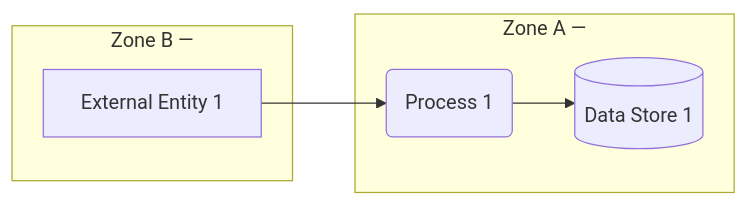
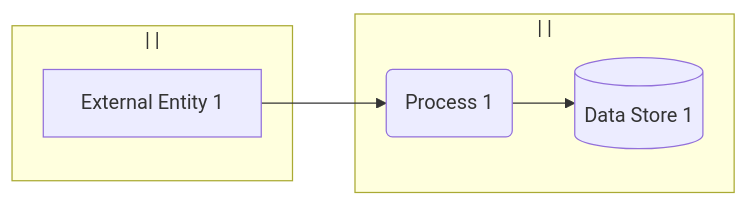
One commit to tmart234/threat-model-claude-skill changed the first of 2 diagrams in assets/threat-model-template.md. Above: the diagram before and after it, drawn with Mermaid. The commit also changed other lines of this file and 4 other files, not shown here.

````diff
--- a/assets/threat-model-template.md
+++ b/assets/threat-model-template.md
@@ -55,14 +68,14 @@
 ```mermaid
 flowchart LR
-    subgraph ZoneA["Zone A — <trust description>"]
+    subgraph ZoneA["<owner> | <env-type> | <trust>"]
         P1(Process 1)
         DS1[(Data Store 1)]
     end
 
-    subgraph ZoneB["Zone B — <trust description>"]
+    subgraph ZoneB["<owner> | <env-type> | <trust>"]
         EE1[External Entity 1]
     end
 
-    EE1 -- "<flow label>" --> P1
-    P1 -- "<flow label>" --> DS1
+    EE1 -- "<protocol + auth>" --> P1
+    P1 -- "<protocol + auth>" --> DS1
 ```
````
